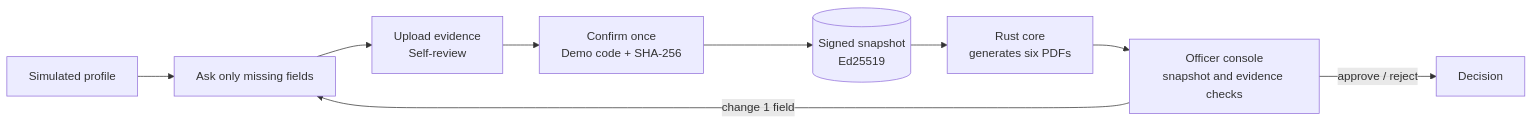
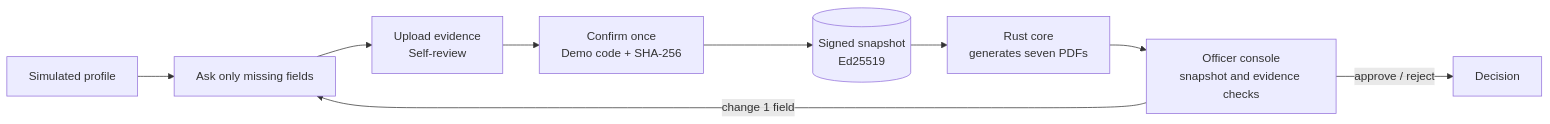
The diagram in README.md (fridayshippingclub/zero-form), drawn with Mermaid before and after one commit. The commit also changed other lines of this file and 24 other files, not shown here.

````diff
--- a/README.md
+++ b/README.md
@@ -33,11 +33,11 @@
 ```mermaid
 flowchart LR
   P[Simulated profile] --> A[Ask only missing fields]
   A --> R[Upload evidence<br/>Self-review]
   R --> C[Confirm once<br/>Demo code + SHA-256]
   C --> S[(Signed snapshot<br/>Ed25519)]
-  S --> D[Rust core<br/>generates six PDFs]
+  S --> D[Rust core<br/>generates seven PDFs]
   D --> O[Officer console<br/>snapshot and evidence checks]
   O -- approve / reject --> Done[Decision]
   O -- change 1 field --> A
 ```
````
